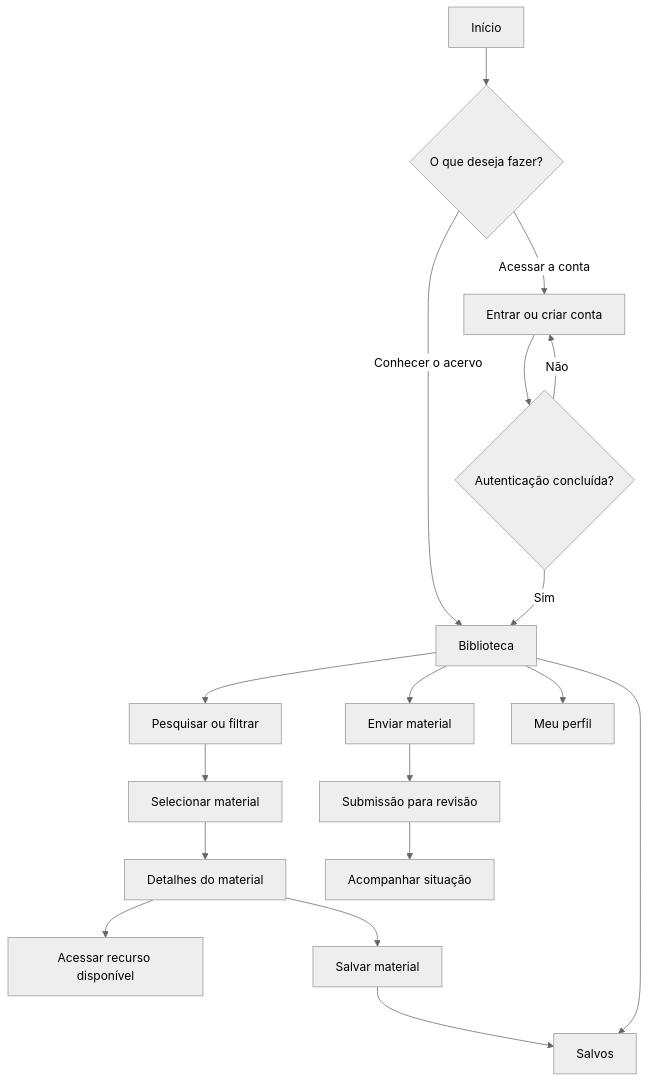
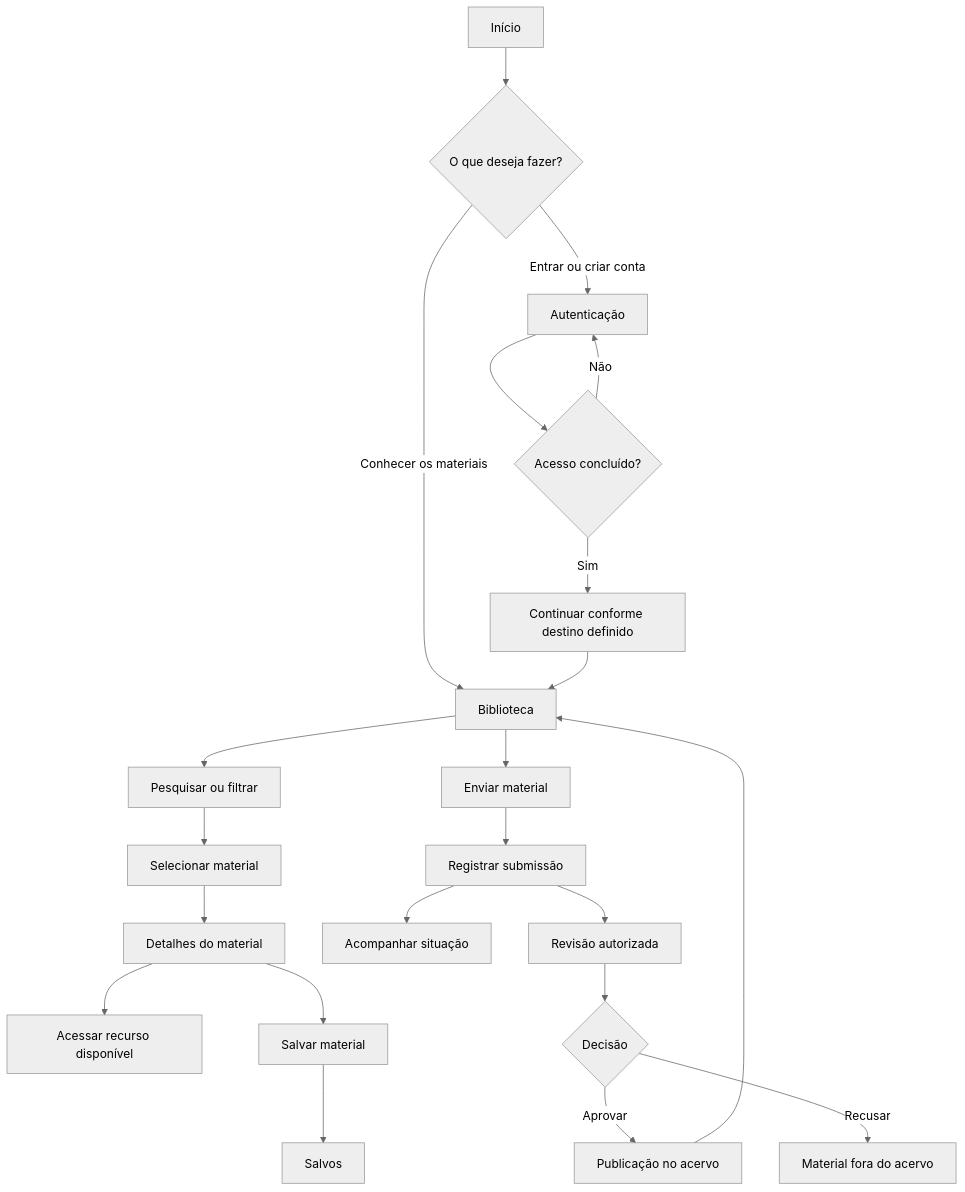
Before and after one commit to pedroalbuqu3rque/educomp: the first of 6 diagrams in docs/ux-ui/user-flow.md, drawn with Mermaid (neutral theme). The commit also changed other lines of this file, not shown here.

Commit message:
docs(ux-ui): alinha user flow aos fluxos do MVP

````diff
--- a/docs/ux-ui/user-flow.md
+++ b/docs/ux-ui/user-flow.md
@@ -25,20 +64,30 @@
 ```mermaid
 flowchart TD
     A[Início] --> B{O que deseja fazer?}
-    B -->|Conhecer o acervo| C[Biblioteca]
-    B -->|Acessar a conta| D[Entrar ou criar conta]
-    D --> E{Autenticação concluída?}
-    E -->|Sim| C
+    B -->|Conhecer os materiais| C[Biblioteca]
+    B -->|Entrar ou criar conta| D[Autenticação]
+
+    D --> E{Acesso concluído?}
+    E -->|Sim| F[Continuar conforme destino definido]
     E -->|Não| D
-    C --> F[Pesquisar ou filtrar]
-    F --> G[Selecionar material]
-    G --> H[Detalhes do material]
-    H --> I[Acessar recurso disponível]
-    H --> J[Salvar material]
-    J --> K[Salvos]
-    C --> K
-    C --> L[Enviar material]
-    L --> M[Submissão para revisão]
-    M --> N[Acompanhar situação]
-    C --> O[Meu perfil]
+    F --> C
+
+    C --> G[Pesquisar ou filtrar]
+    G --> H[Selecionar material]
+    H --> I[Detalhes do material]
+
+    I --> J[Acessar recurso disponível]
+    I --> K[Salvar material]
+    K --> L[Salvos]
+
+    C --> M[Enviar material]
+    M --> N[Registrar submissão]
+    N --> O[Acompanhar situação]
+
+    N --> P[Revisão autorizada]
+    P --> Q{Decisão}
+    Q -->|Aprovar| R[Publicação no acervo]
+    Q -->|Recusar| S[Material fora do acervo]
+
+    R --> C
 ```
````
